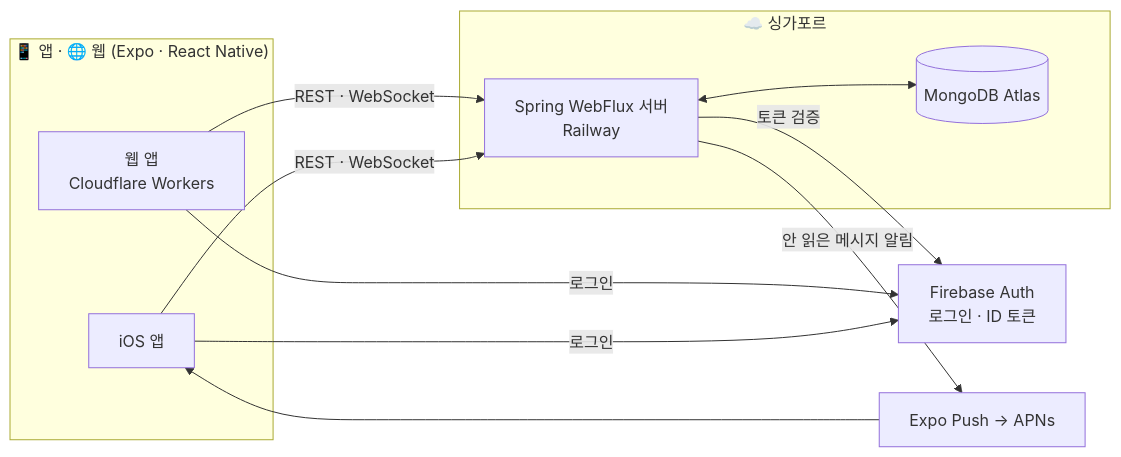
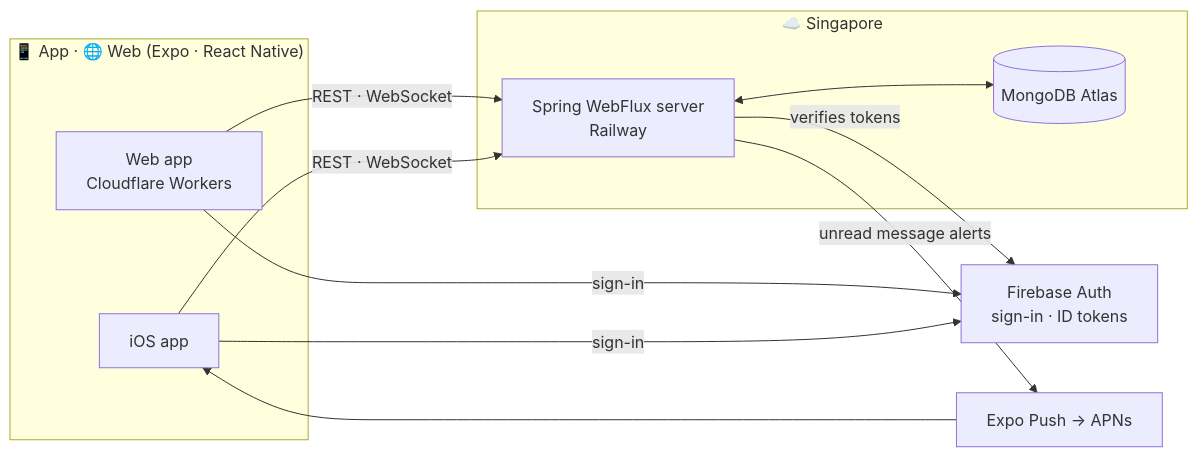
The diagram in README.md (ottuck/buddy-chat), drawn with Mermaid before and after one commit. The commit also changed other lines of this file and 4 other files, not shown here.

````diff
--- a/README.md
+++ b/README.md
@@ -91,25 +92,25 @@
 ```mermaid
 flowchart LR
-    subgraph Client["📱 앱 · 🌐 웹 (Expo · React Native)"]
-        App["iOS 앱"]
-        Web["웹 앱<br/>Cloudflare Workers"]
+    subgraph Client["📱 App · 🌐 Web (Expo · React Native)"]
+        App["iOS app"]
+        Web["Web app<br/>Cloudflare Workers"]
     end
 
-    Firebase["Firebase Auth<br/>로그인 · ID 토큰"]
+    Firebase["Firebase Auth<br/>sign-in · ID tokens"]
 
-    subgraph Cloud["☁️ 싱가포르"]
-        Server["Spring WebFlux 서버<br/>Railway"]
+    subgraph Cloud["☁️ Singapore"]
+        Server["Spring WebFlux server<br/>Railway"]
         DB[("MongoDB Atlas")]
     end
 
     Expo["Expo Push → APNs"]
 
-    App -- 로그인 --> Firebase
-    Web -- 로그인 --> Firebase
+    App -- sign-in --> Firebase
+    Web -- sign-in --> Firebase
     App -- "REST · WebSocket" --> Server
     Web -- "REST · WebSocket" --> Server
-    Server -- 토큰 검증 --> Firebase
+    Server -- verifies tokens --> Firebase
     Server <--> DB
-    Server -- 안 읽은 메시지 알림 --> Expo
+    Server -- unread message alerts --> Expo
     Expo --> App
 ```
````
